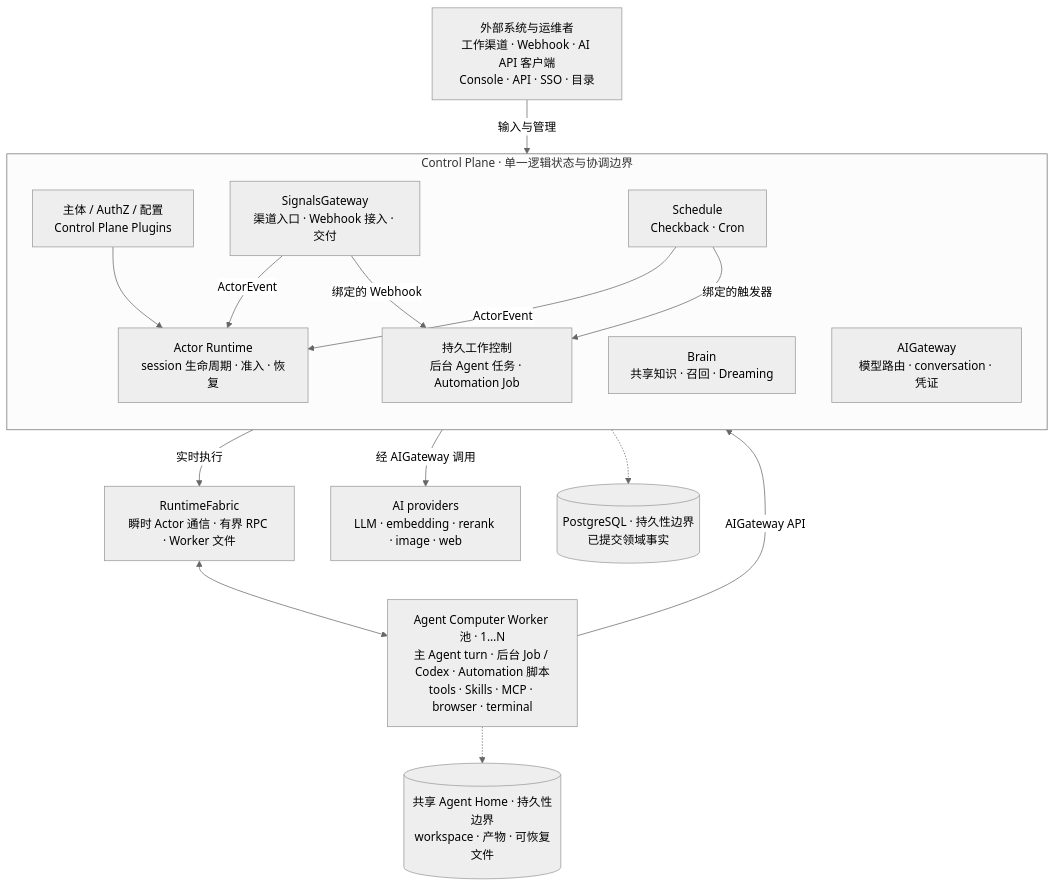
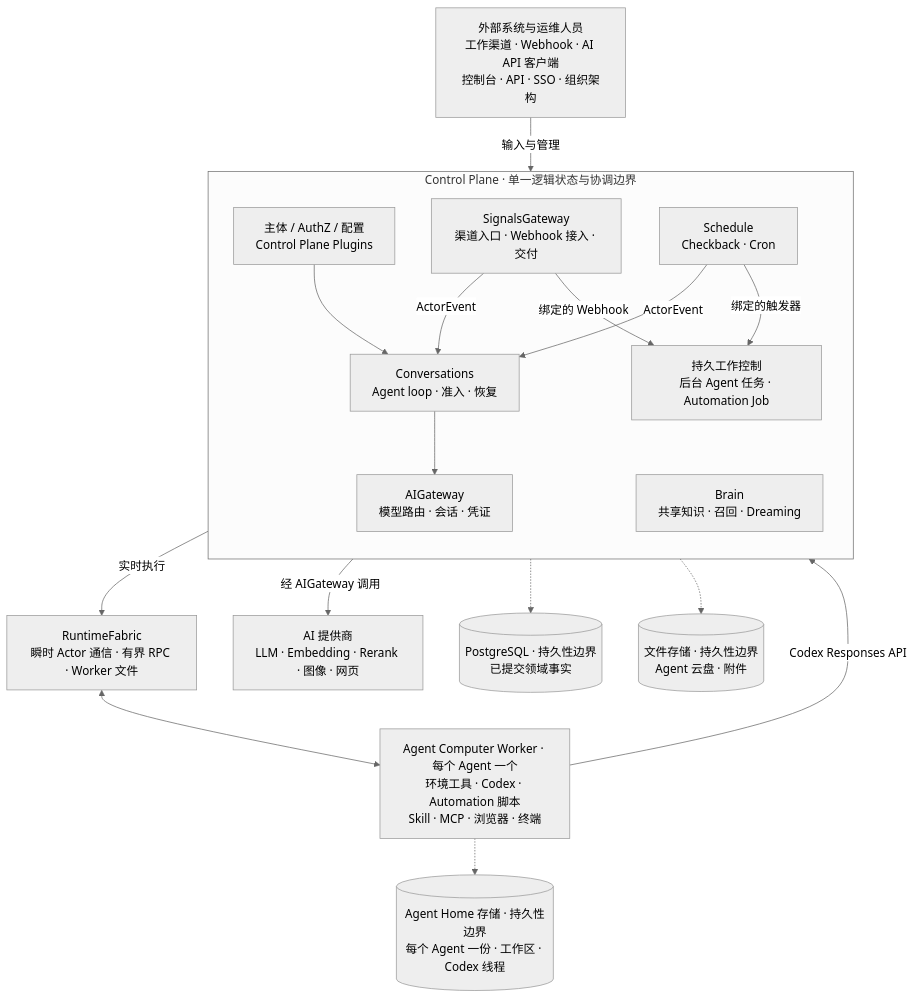
One commit to AgentBull/ankole changed the diagram in README.zh-Hans.md. Above: the diagram before and after it, drawn with Mermaid (neutral theme). The commit also changed other lines of this file and 2247 other files, not shown here.

````diff
--- a/README.zh-Hans.md
+++ b/README.zh-Hans.md
@@ -72,35 +157,38 @@
 ```mermaid
 flowchart TB
-  External["外部系统与运维者<br/>工作渠道 · Webhook · AI API 客户端<br/>Console · API · SSO · 目录"]
+  External["外部系统与运维人员<br/>工作渠道 · Webhook · AI API 客户端<br/>控制台 · API · SSO · 组织架构"]
 
   subgraph Control["Control Plane · 单一逻辑状态与协调边界"]
     direction TB
     Platform["主体 / AuthZ / 配置<br/>Control Plane Plugins"]
     SG["SignalsGateway<br/>渠道入口 · Webhook 接入 · 交付"]
     Schedule["Schedule<br/>Checkback · Cron"]
-    Runtime["Actor Runtime<br/>session 生命周期 · 准入 · 恢复"]
+    Runtime["Conversations<br/>Agent loop · 准入 · 恢复"]
     Jobs["持久工作控制<br/>后台 Agent 任务 · Automation Job"]
     Brain["Brain<br/>共享知识 · 召回 · Dreaming"]
-    AI["AIGateway<br/>模型路由 · conversation · 凭证"]
+    AI["AIGateway<br/>模型路由 · 会话 · 凭证"]
   end
 
   Fabric["RuntimeFabric<br/>瞬时 Actor 通信 · 有界 RPC · Worker 文件"]
-  Workers["Agent Computer Worker 池 · 1…N<br/>主 Agent turn · 后台 Job / Codex · Automation 脚本<br/>tools · Skills · MCP · browser · terminal"]
-  Providers["AI providers<br/>LLM · embedding · rerank · image · web"]
+  Workers["Agent Computer Worker · 每个 Agent 一个<br/>环境工具 · Codex · Automation 脚本<br/>Skill · MCP · 浏览器 · 终端"]
+  Providers["AI 提供商<br/>LLM · Embedding · Rerank · 图像 · 网页"]
 
   PG[("PostgreSQL · 持久性边界<br/>已提交领域事实")]
-  Home[("共享 Agent Home · 持久性边界<br/>workspace · 产物 · 可恢复文件")]
+  Files[("文件存储 · 持久性边界<br/>Agent 云盘 · 附件")]
+  Homes[("Agent Home 存储 · 持久性边界<br/>每个 Agent 一份 · 工作区 · Codex 线程")]
 
   External -->|"输入与管理"| Control
   SG -->|"ActorEvent"| Runtime
   Schedule -->|"ActorEvent"| Runtime
   SG -->|"绑定的 Webhook"| Jobs
   Schedule -->|"绑定的触发器"| Jobs
   Platform --> Runtime
+  Runtime --> AI
   Control -->|"实时执行"| Fabric
   Fabric <--> Workers
-  Workers -->|"AIGateway API"| Control
+  Workers -->|"Codex Responses API"| AI
   Control -->|"经 AIGateway 调用"| Providers
   Control -.-> PG
-  Workers -.-> Home
+  Control -.-> Files
+  Workers -.-> Homes
 ```
````
